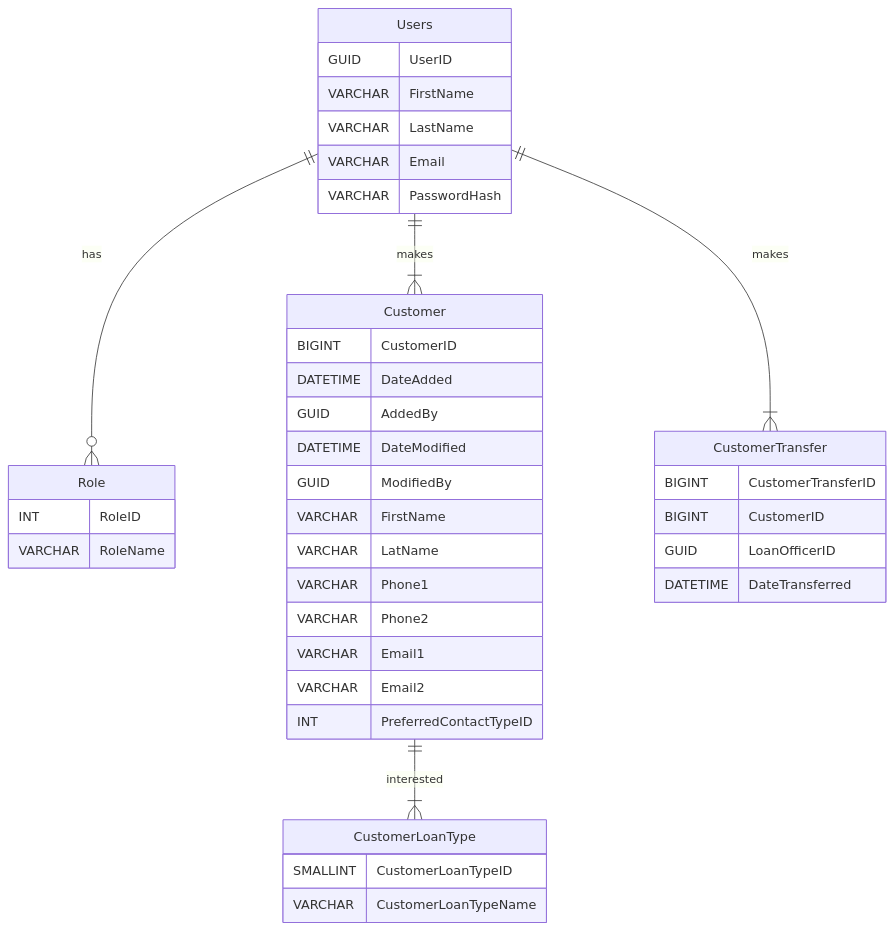
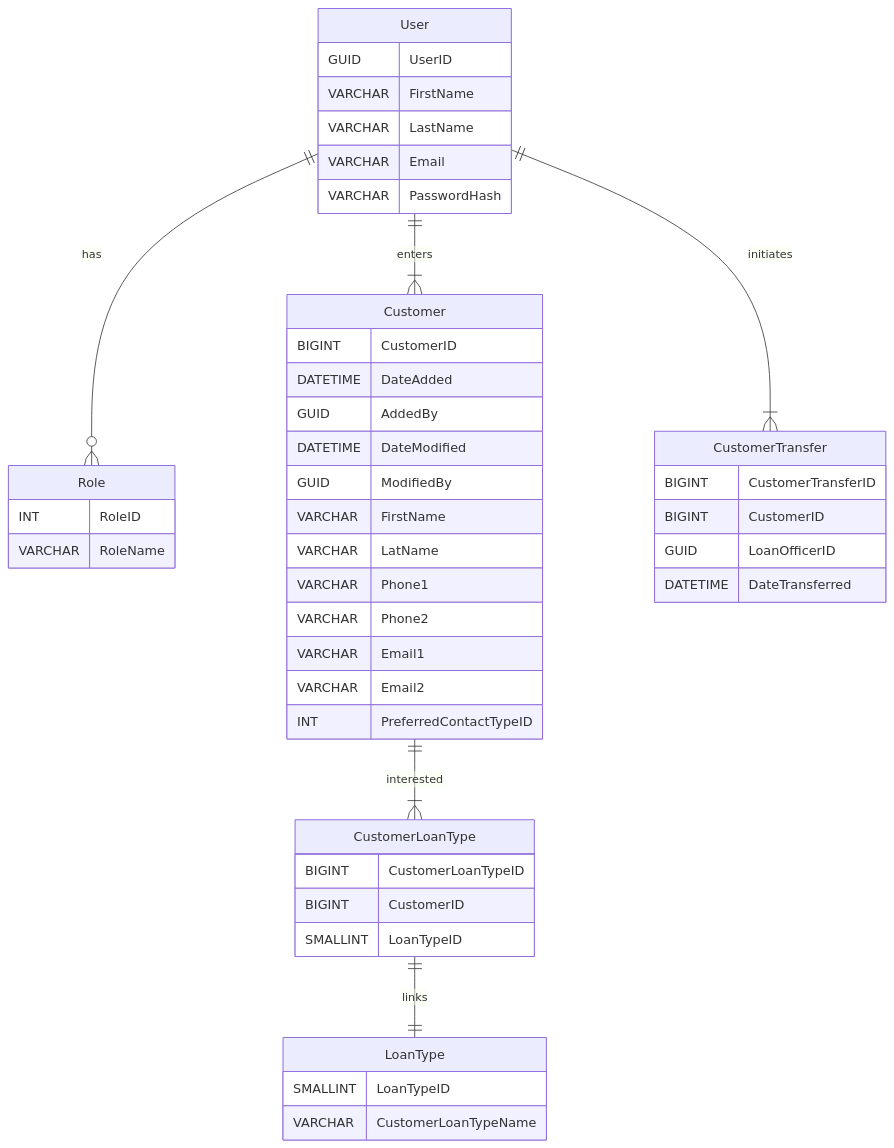
Before and after one commit to tucker87/fcma-scenario: the diagram in README.md, drawn with Mermaid.

Commit message:
LoanType needed linking table and fixed User table pluarality.

````diff
--- a/README.md
+++ b/README.md
@@ -78,44 +78,50 @@
 ```mermaid
 erDiagram
-Users ||--o{ Role : has
-Users ||--|{ Customer : makes
-Users ||--|{ CustomerTransfer : makes
-Users {
+User ||--o{ Role : has
+User ||--|{ Customer : enters
+User ||--|{ CustomerTransfer : initiates
+User {
     GUID UserID
     VARCHAR FirstName
     VARCHAR LastName
     VARCHAR Email
     VARCHAR PasswordHash
 }
 
 Role {
     INT RoleID
     VARCHAR RoleName
 }
 
 Customer ||--|{ CustomerLoanType : interested
 Customer {
     BIGINT CustomerID
     DATETIME DateAdded
     GUID AddedBy
     DATETIME DateModified
     GUID ModifiedBy
     VARCHAR FirstName
     VARCHAR LatName
     VARCHAR Phone1
     VARCHAR Phone2
     VARCHAR Email1
     VARCHAR Email2
     INT PreferredContactTypeID
 }
 CustomerTransfer {
     BIGINT CustomerTransferID
     BIGINT CustomerID
     GUID LoanOfficerID
     DATETIME DateTransferred
 }
+CustomerLoanType||--|| LoanType : links
 CustomerLoanType {
-    SMALLINT CustomerLoanTypeID
+    BIGINT CustomerLoanTypeID
+    BIGINT CustomerID
+    SMALLINT LoanTypeID
+}
+LoanType {
+    SMALLINT LoanTypeID
     VARCHAR CustomerLoanTypeName
 }
 ```
````
